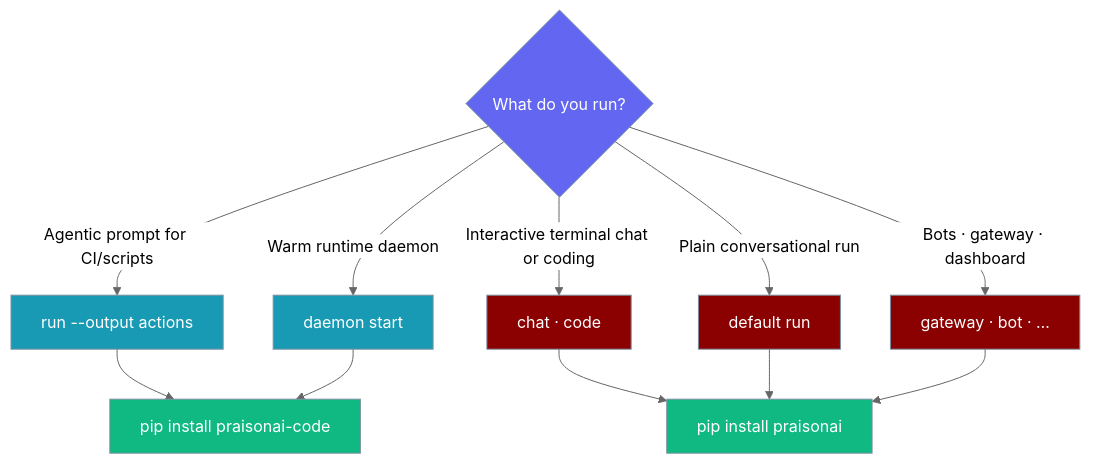
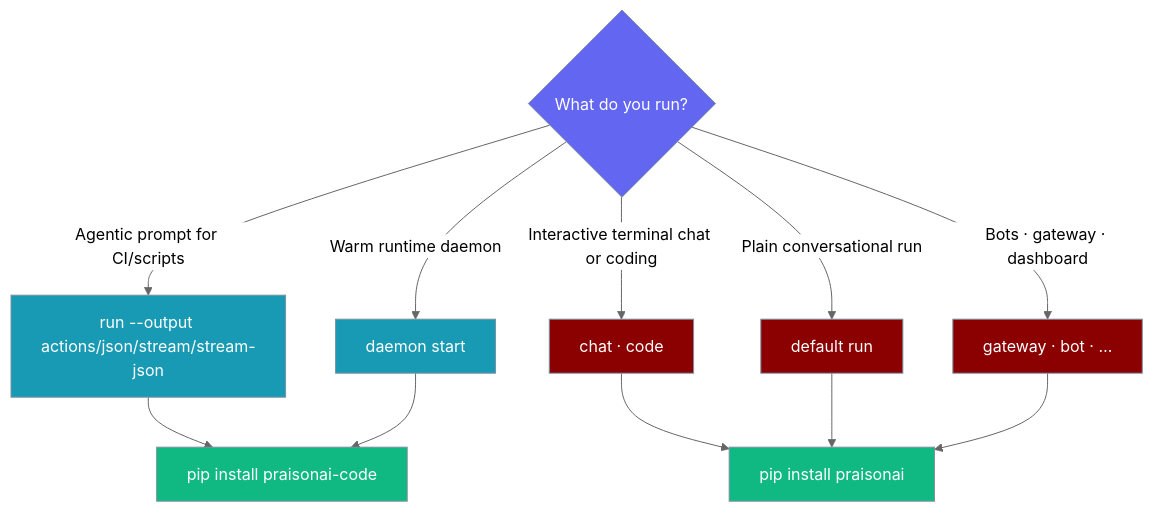
The second of 3 diagrams in docs/features/praisonai-code-cli.mdx (MervinPraison/PraisonAIDocs), drawn with Mermaid (neutral theme) before and after one commit. The commit also changed other lines of this file and 5 other files, not shown here.

First line of the commit message:
docs: document json/stream/stream-json as standalone-safe run modes (fixes #1806)

````diff
--- a/docs/features/praisonai-code-cli.mdx
+++ b/docs/features/praisonai-code-cli.mdx
@@ -48,23 +48,23 @@
 ```mermaid
 graph TB
-    Start{What do you run?} -->|Agentic prompt for CI/scripts| Actions[run --output actions]
+    Start{What do you run?} -->|Agentic prompt for CI/scripts| Structured[run --output actions/json/stream/stream-json]
     Start -->|Interactive terminal chat or coding| Wrapper1[chat · code]
     Start -->|Plain conversational run| Wrapper2[default run]
     Start -->|Bots · gateway · dashboard| Wrapper3[gateway · bot · …]
     Start -->|Warm runtime daemon| Daemon[daemon start]
 
-    Actions --> Code[pip install praisonai-code]
+    Structured --> Code[pip install praisonai-code]
     Daemon --> Code
     Wrapper1 --> Full[pip install praisonai]
     Wrapper2 --> Full
     Wrapper3 --> Full
 
     classDef question fill:#6366F1,stroke:#7C90A0,color:#fff
     classDef code fill:#189AB4,stroke:#7C90A0,color:#fff
     classDef wrapper fill:#8B0000,stroke:#7C90A0,color:#fff
     classDef install fill:#10B981,stroke:#7C90A0,color:#fff
     class Start question
-    class Actions,Daemon code
+    class Structured,Daemon code
     class Wrapper1,Wrapper2,Wrapper3 wrapper
     class Code,Full install
 ```
````
